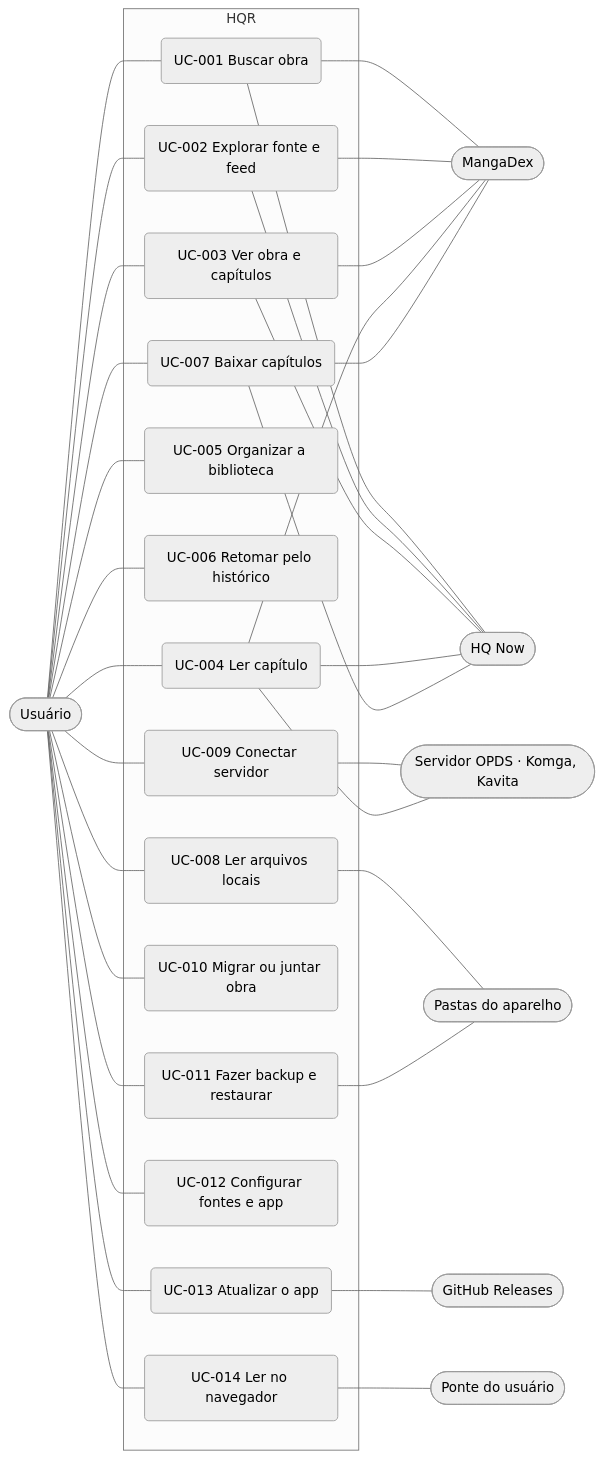
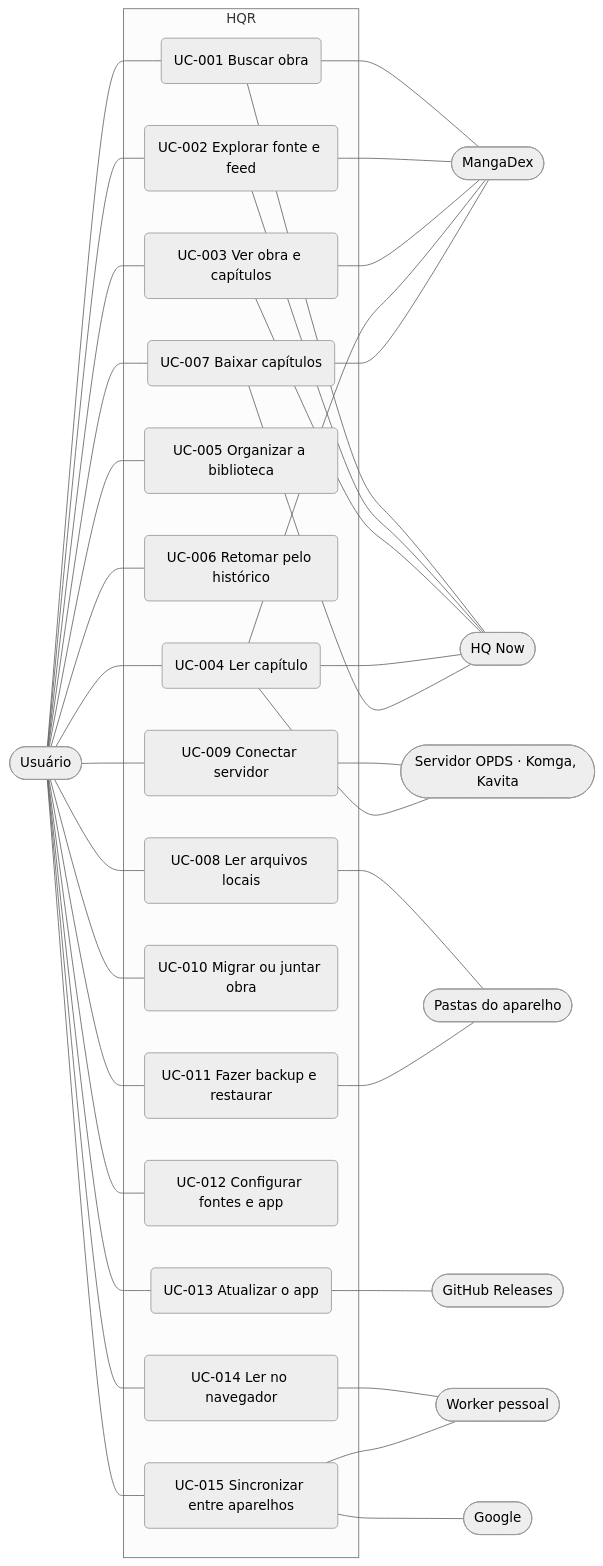
One commit to tiagohs/hqr-comics-reader changed the diagram in docs/use-cases.md. Above: the diagram before and after it, drawn with Mermaid (neutral theme). The commit also changed other lines of this file and 5 other files, not shown here.

````diff
--- a/docs/use-cases.md
+++ b/docs/use-cases.md
@@ -7,35 +7,38 @@
 ```mermaid
 flowchart LR
   U([Usuário])
   M([MangaDex])
   H([HQ Now])
   O([Servidor OPDS · Komga, Kavita])
   F([Pastas do aparelho])
   G([GitHub Releases])
-  P([Ponte do usuário])
+  P([Worker pessoal])
+  GO([Google])
 
   subgraph Sistema[HQR]
     UC001(UC-001 Buscar obra)
     UC002(UC-002 Explorar fonte e feed)
     UC003(UC-003 Ver obra e capítulos)
     UC004(UC-004 Ler capítulo)
     UC005(UC-005 Organizar a biblioteca)
     UC006(UC-006 Retomar pelo histórico)
     UC007(UC-007 Baixar capítulos)
     UC008(UC-008 Ler arquivos locais)
     UC009(UC-009 Conectar servidor)
     UC010(UC-010 Migrar ou juntar obra)
     UC011(UC-011 Fazer backup e restaurar)
     UC012(UC-012 Configurar fontes e app)
     UC013(UC-013 Atualizar o app)
     UC014(UC-014 Ler no navegador)
+    UC015(UC-015 Sincronizar entre aparelhos)
   end
 
-  U --- UC001 & UC002 & UC003 & UC004 & UC005 & UC006 & UC007 & UC008 & UC009 & UC010 & UC011 & UC012 & UC013 & UC014
+  U --- UC001 & UC002 & UC003 & UC004 & UC005 & UC006 & UC007 & UC008 & UC009 & UC010 & UC011 & UC012 & UC013 & UC014 & UC015
   UC001 & UC002 & UC003 & UC004 & UC007 --- M
   UC001 & UC002 & UC003 & UC004 & UC007 --- H
   UC009 & UC004 --- O
   UC008 & UC011 --- F
   UC013 --- G
   UC014 --- P
+  UC015 --- P & GO
 ```
````
